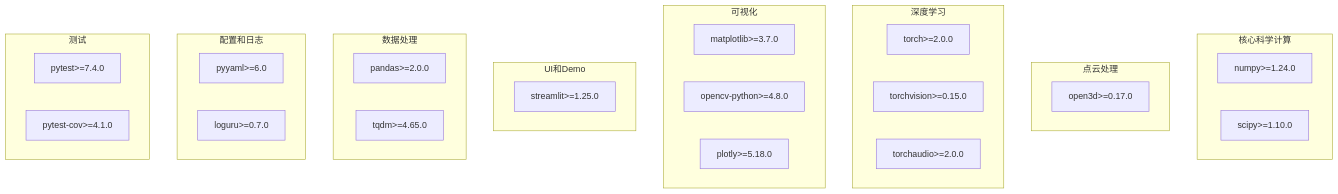
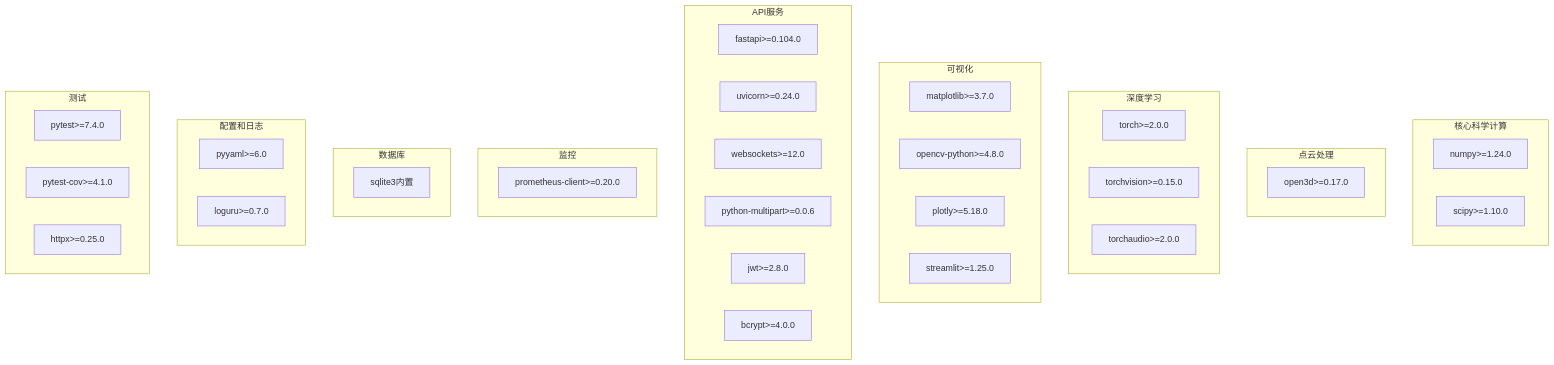
Before and after one commit to nanfeng2021/fall-detection-system: the third of 6 diagrams in .qoder/repowiki/zh/content/API参考文档/API参考文档.md, drawn with Mermaid. The commit also changed other lines of this file and 16 other files, not shown here.

````diff
--- a/.qoder/repowiki/zh/content/API参考文档/API参考文档.md
+++ b/.qoder/repowiki/zh/content/API参考文档/API参考文档.md
@@ -333,35 +728,44 @@
 ```mermaid
 graph TB
 subgraph "核心科学计算"
 NumPy[numpy>=1.24.0]
 SciPy[scipy>=1.10.0]
 end
 subgraph "点云处理"
 Open3D[open3d>=0.17.0]
 end
 subgraph "深度学习"
 PyTorch[torch>=2.0.0]
 TorchVision[torchvision>=0.15.0]
 TorchAudio[torchaudio>=2.0.0]
 end
 subgraph "可视化"
 Matplotlib[matplotlib>=3.7.0]
 OpenCV[opencv-python>=4.8.0]
 Plotly[plotly>=5.18.0]
-end
-subgraph "UI和Demo"
 Streamlit[streamlit>=1.25.0]
 end
-subgraph "数据处理"
-Pandas[pandas>=2.0.0]
-TQDM[tqdm>=4.65.0]
+subgraph "API服务"
+FastAPI[fastapi>=0.104.0]
+Uvicorn[uvicorn>=0.24.0]
+WebSockets[websockets>=12.0]
+PythonMultipart[python-multipart>=0.0.6]
+PyJWT[jwt>=2.8.0]
+bcrypt[bcrypt>=4.0.0]
+end
+subgraph "监控"
+Prometheus[prometheus-client>=0.20.0]
+end
+subgraph "数据库"
+SQLite[sqlite3内置]
 end
 subgraph "配置和日志"
 YAML[pyyaml>=6.0]
 Loguru[loguru>=0.7.0]
 end
 subgraph "测试"
 PyTest[pytest>=7.4.0]
 PyTestCov[pytest-cov>=4.1.0]
+HTTPX[httpx>=0.25.0]
 end
 ```
````
